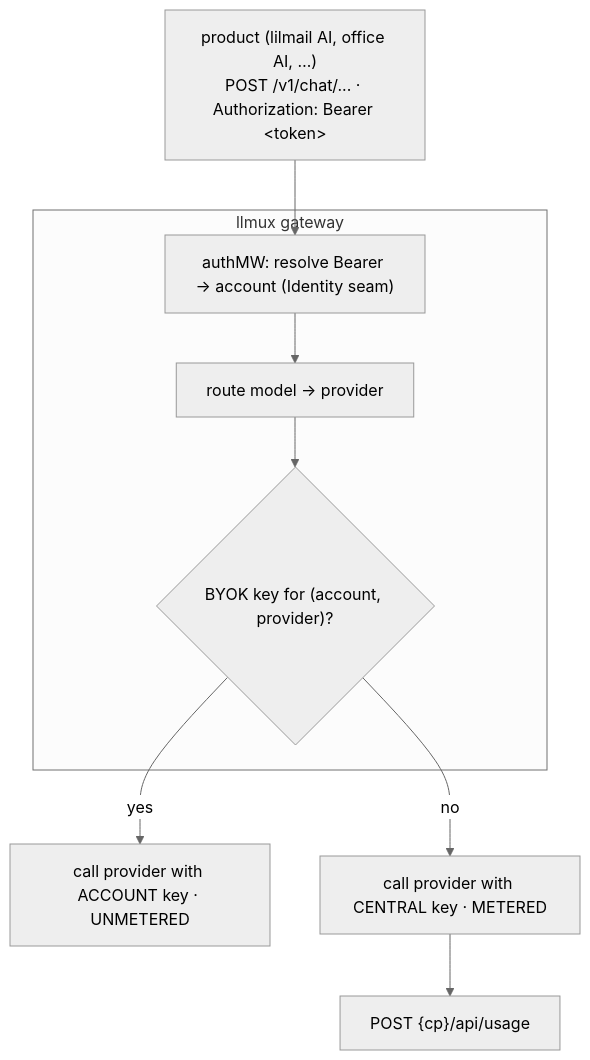
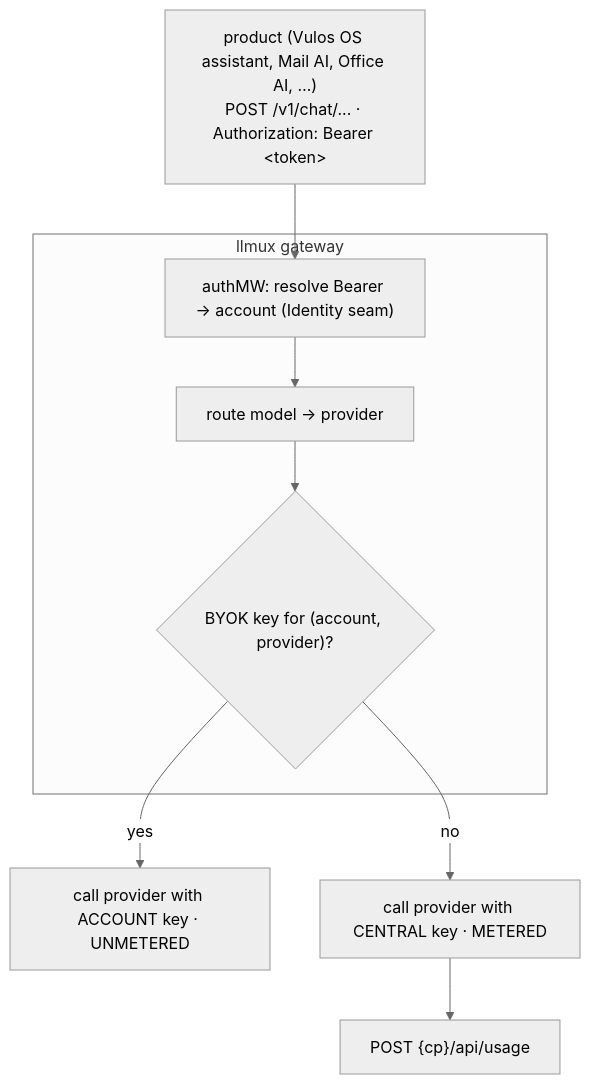
Before and after one commit to vul-os/llmux: the diagram in docs/LLM-ACCESS.md, drawn with Mermaid (neutral theme). The commit also changed other lines of this file and 7 other files, not shown here.

````diff
--- a/docs/LLM-ACCESS.md
+++ b/docs/LLM-ACCESS.md
@@ -17,13 +17,13 @@
 ```mermaid
 flowchart TD
-    product["product (lilmail AI, office AI, …)<br/>POST /v1/chat/... · Authorization: Bearer &lt;token&gt;"] --> auth
+    product["product (Vulos OS assistant, Mail AI, Office AI, …)<br/>POST /v1/chat/... · Authorization: Bearer &lt;token&gt;"] --> auth
 
     subgraph gateway["llmux gateway"]
         auth["authMW: resolve Bearer → account (Identity seam)"] --> route["route model → provider"]
         route --> byok{"BYOK key for (account, provider)?"}
     end
 
     byok -->|yes| acct["call provider with ACCOUNT key · UNMETERED"]
     byok -->|no| central["call provider with CENTRAL key · METERED"]
     central --> usage["POST {cp}/api/usage"]
 ```
````
